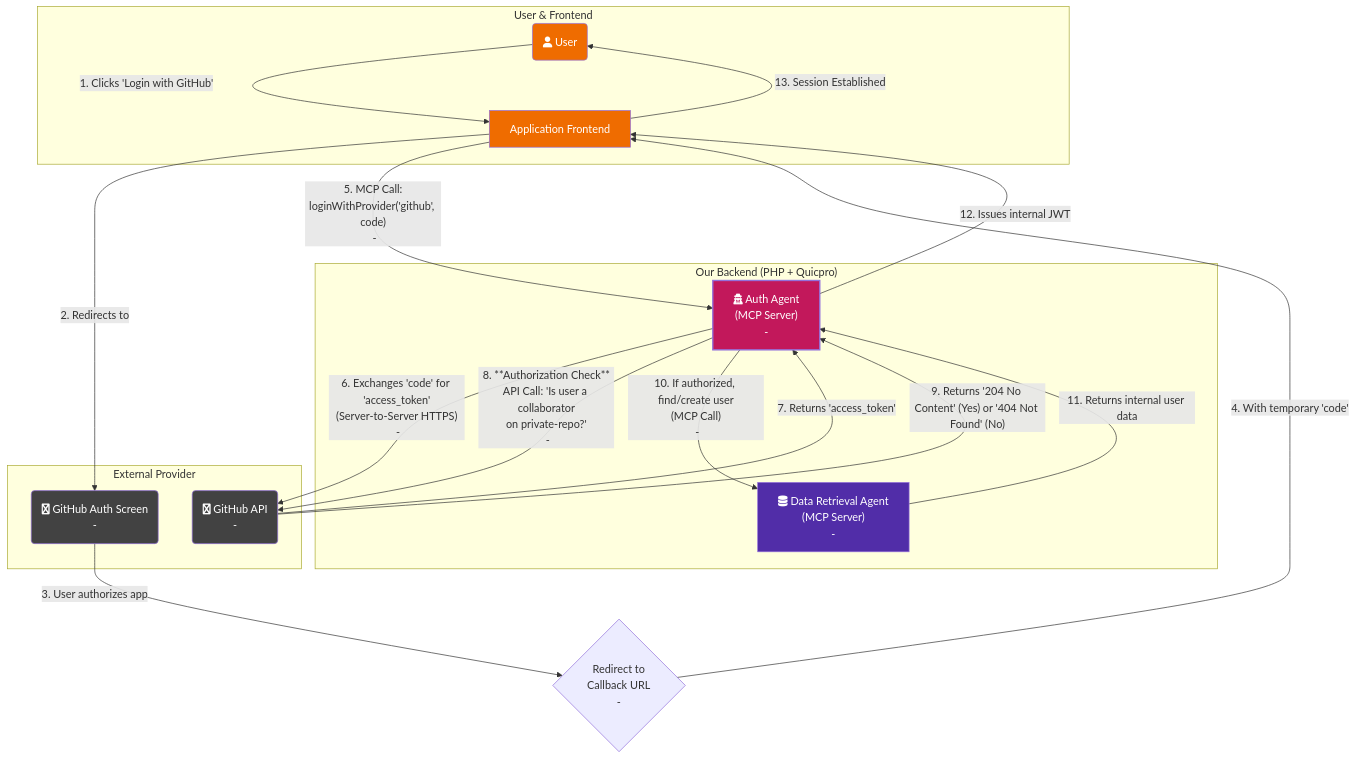
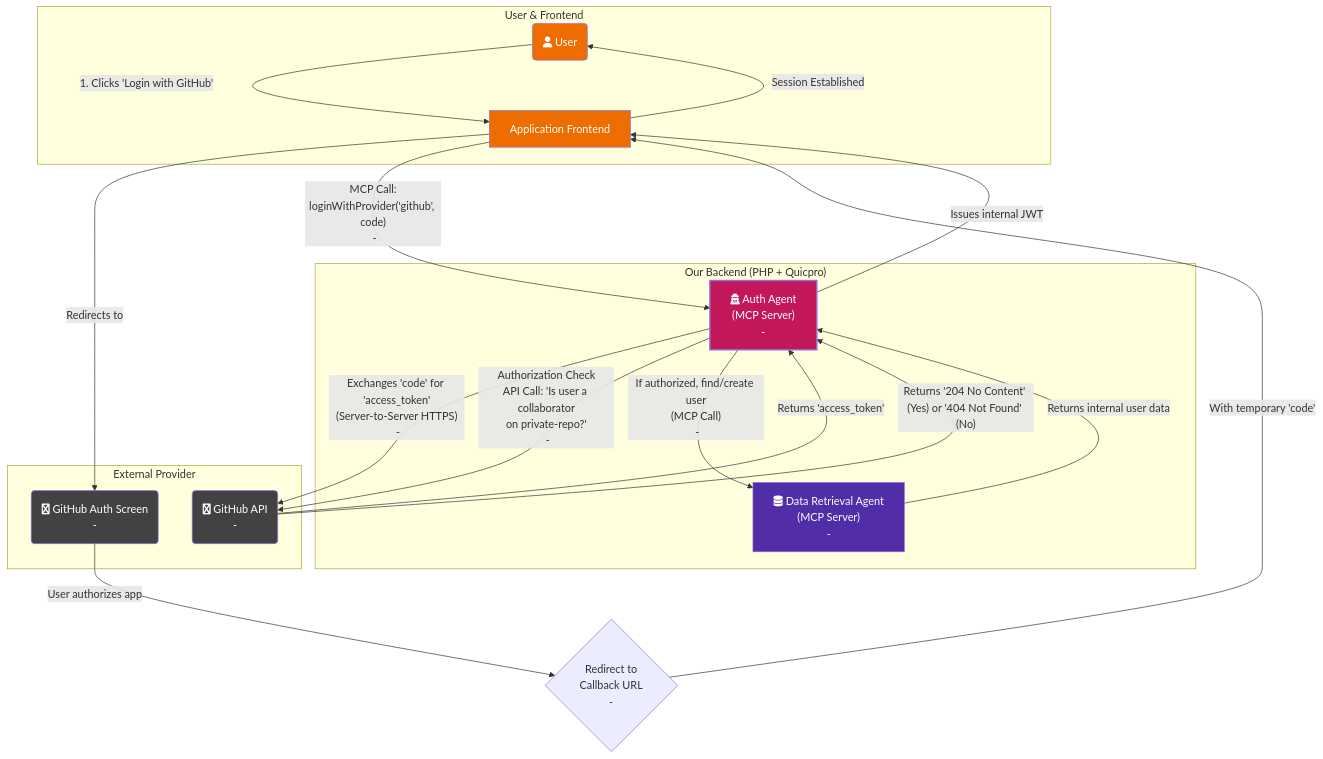
Before and after one commit to Intelligent-Intern/quicpro_async: the second of 2 diagrams in docs/capabilities/authentication_and_authorization/README.md, drawn with Mermaid.

Commit message:
fix mermaid bug in markdown

```diff
--- a/docs/capabilities/authentication_and_authorization/README.md
+++ b/docs/capabilities/authentication_and_authorization/README.md
@@ -281,46 +281,46 @@
 ~~~mermaid
 graph TD
     %% --- Style Definitions ---
     classDef frontend fill:#ef6c00,color:white
     classDef auth_agent fill:#c2185b,color:white,stroke-width:2px
     classDef external fill:#424242,color:white
     classDef internal_service fill:#512da8,color:white
 
     subgraph "User & Frontend"
         A(fa:fa-user User) -- 1. Clicks 'Login with GitHub' --> B[Application Frontend];
     end
 
     subgraph "External Provider"
         C("fa:fa-github GitHub Auth Screen<br> - ");
         D("fa:fa-github-alt GitHub API<br> - ");
     end
 
     subgraph "Our Backend (PHP + Quicpro)"
         E["fa:fa-user-secret Auth Agent<br/>(MCP Server)<br> - "];
         F["fa:fa-database Data Retrieval Agent<br/>(MCP Server)<br> - "];
     end
 
     %% --- OAuth Flow ---
-    B -- 2. Redirects to --> C;
-    C -- 3. User authorizes app --> G{Redirect to<br/>Callback URL<br> - };
-    G -- "4. With temporary 'code'" --> B;
-    B -- "5. MCP Call:<br/>loginWithProvider('github', code)<br> - " --> E;
+    B -- Redirects to --> C;
+    C -- User authorizes app --> G{Redirect to<br/>Callback URL<br> - };
+    G -- "With temporary 'code'" --> B;
+    B -- "MCP Call:<br/>loginWithProvider('github', code)<br> - " --> E;
     
-    E -- "6. Exchanges 'code' for 'access_token'<br/>(Server-to-Server HTTPS)<br> - " --> D;
-    D -- "7. Returns 'access_token'" --> E;
+    E -- "Exchanges 'code' for 'access_token'<br/>(Server-to-Server HTTPS)<br> - " --> D;
+    D -- "Returns 'access_token'" --> E;
     
-    E -- "8. **Authorization Check**<br/>API Call: 'Is user a collaborator<br/>on private-repo?'<br> - " --> D;
-    D -- "9. Returns '204 No Content' (Yes) or '404 Not Found' (No)" --> E;
+    E -- "Authorization Check<br/>API Call: 'Is user a collaborator<br/>on private-repo?'<br> - " --> D;
+    D -- "Returns '204 No Content' (Yes) or '404 Not Found' (No)" --> E;
     
-    E -- "10. If authorized, find/create user<br/>(MCP Call)<br> - " --> F;
-    F -- "11. Returns internal user data" --> E;
+    E -- "If authorized, find/create user<br/>(MCP Call)<br> - " --> F;
+    F -- "Returns internal user data" --> E;
     
-    E -- "12. Issues internal JWT" --> B;
-    B -- "13. Session Established" --> A;
+    E -- "Issues internal JWT" --> B;
+    B -- "Session Established" --> A;
 
     %% --- Apply Styles ---
     class A,B frontend;
     class C,D external;
     class E auth_agent;
     class F internal_service;
 ~~~
```
